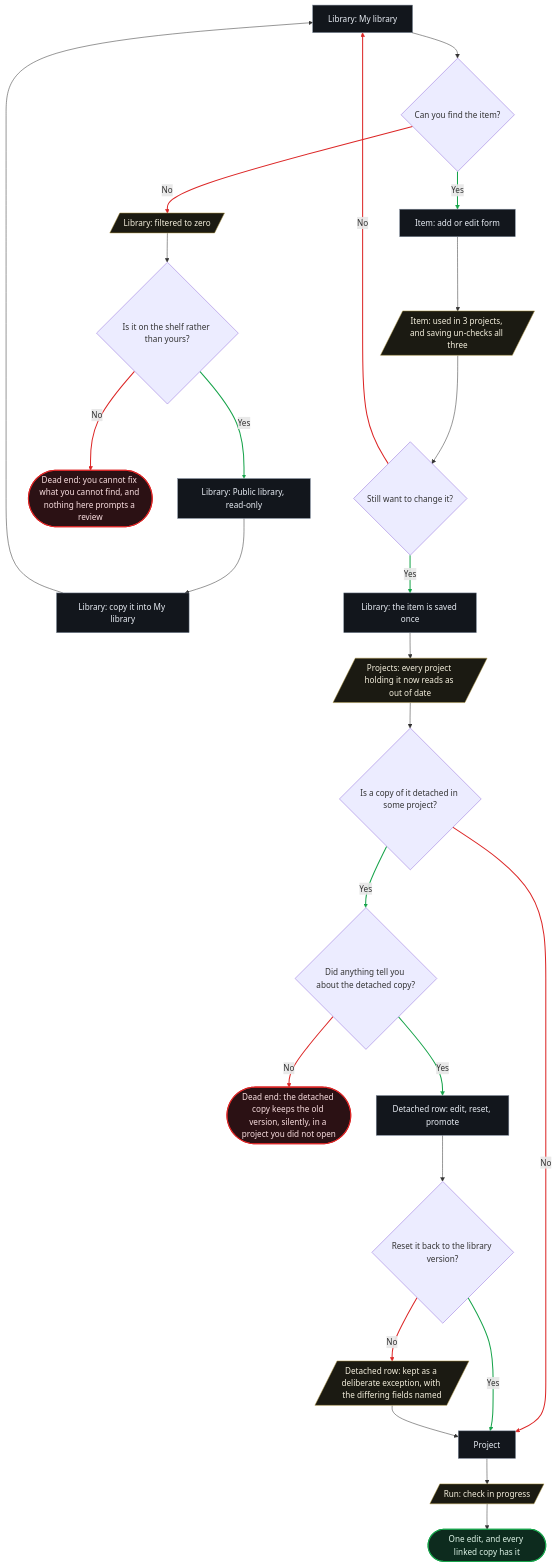
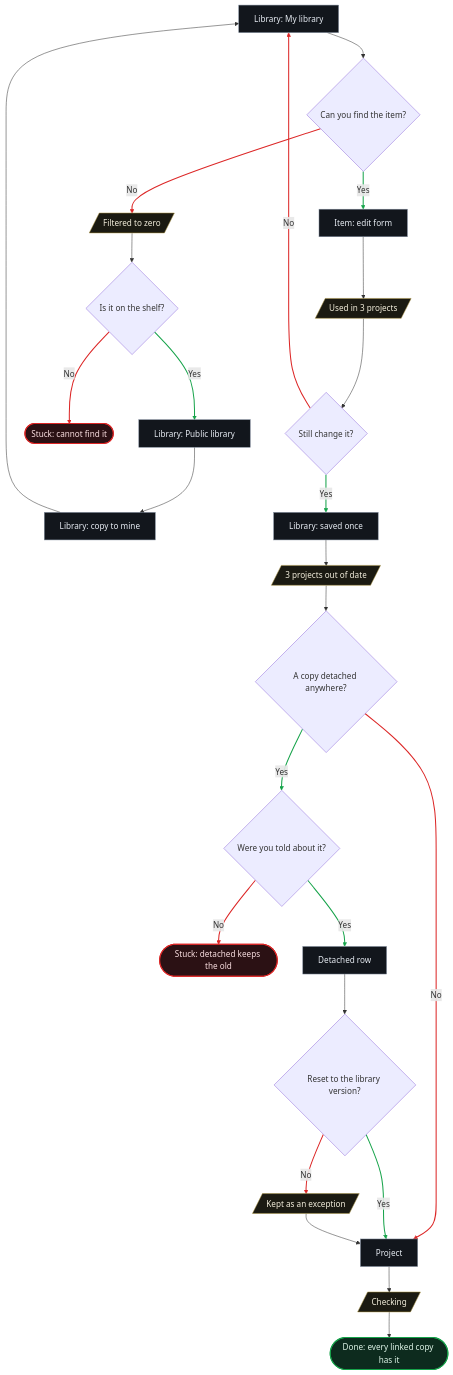
One commit to RomanUserExpert/ai-stack-builder changed the fourth of 5 diagrams in 03-information-architecture/flows.md. Above: the diagram before and after it, drawn with Mermaid. The commit also changed other lines of this file, not shown here.

First line of the commit message:
Node labels are names, not sentences — the diagrams were unreadable

````diff
--- a/03-information-architecture/flows.md
+++ b/03-information-architecture/flows.md
@@ -296,37 +288,37 @@
 ```mermaid
 flowchart TD
     A["Library: My library"] --> B{"Can you find the item?"}
-    B -->|"No"| C[/"Library: filtered to zero"/]
-    C --> D{"Is it on the shelf rather than yours?"}
-    D -->|"Yes"| E["Library: Public library, read-only"]
-    E --> F["Library: copy it into My library"]
+    B -->|"No"| C[/"Filtered to zero"/]
+    C --> D{"Is it on the shelf?"}
+    D -->|"Yes"| E["Library: Public library"]
+    E --> F["Library: copy to mine"]
     F --> A
-    D -->|"No"| G(["Dead end: you cannot fix what you cannot find, and nothing here prompts a review"])
-    B -->|"Yes"| H["Item: add or edit form"]
-    H --> I[/"Item: used in 3 projects, and saving un-checks all three"/]
-    I --> J{"Still want to change it?"}
+    D -->|"No"| G(["Stuck: cannot find it"])
+    B -->|"Yes"| H["Item: edit form"]
+    H --> I[/"Used in 3 projects"/]
+    I --> J{"Still change it?"}
     J -->|"No"| A
-    J -->|"Yes"| K["Library: the item is saved once"]
-    K --> L[/"Projects: every project holding it now reads as out of date"/]
-    L --> M{"Is a copy of it detached in some project?"}
+    J -->|"Yes"| K["Library: saved once"]
+    K --> L[/"3 projects out of date"/]
+    L --> M{"A copy detached anywhere?"}
     M -->|"No"| N["Project"]
-    M -->|"Yes"| O{"Did anything tell you about the detached copy?"}
-    O -->|"No"| P(["Dead end: the detached copy keeps the old version, silently, in a project you did not open"])
-    O -->|"Yes"| Q["Detached row: edit, reset, promote"]
-    Q --> R{"Reset it back to the library version?"}
+    M -->|"Yes"| O{"Were you told about it?"}
+    O -->|"No"| P(["Stuck: detached keeps the old"])
+    O -->|"Yes"| Q["Detached row"]
+    Q --> R{"Reset to the library version?"}
     R -->|"Yes"| N
-    R -->|"No"| S[/"Detached row: kept as a deliberate exception, with the differing fields named"/]
+    R -->|"No"| S[/"Kept as an exception"/]
     S --> N
-    N --> T[/"Run: check in progress"/]
-    T --> U(["One edit, and every linked copy has it"])
+    N --> T[/"Checking"/]
+    T --> U(["Done: every linked copy has it"])
     classDef screen fill:#12161c,stroke:#7c8899,stroke-width:1px,color:#e8edf4
     classDef state fill:#1b1a12,stroke:#a8913f,stroke-width:1px,color:#f4efdd
     classDef win fill:#0d2b1e,stroke:#16a34a,stroke-width:2px,color:#dff5e8
     classDef dead fill:#2b1114,stroke:#dc2626,stroke-width:2px,color:#fadfe1
     linkStyle 3,7,11,15,17,19 stroke:#16a34a,stroke-width:2px
     linkStyle 1,6,10,14,16,20 stroke:#dc2626,stroke-width:2px
     class A,E,F,H,K,N,Q screen
     class C,I,L,S,T state
     class U win
     class G,P dead
 ```
````
